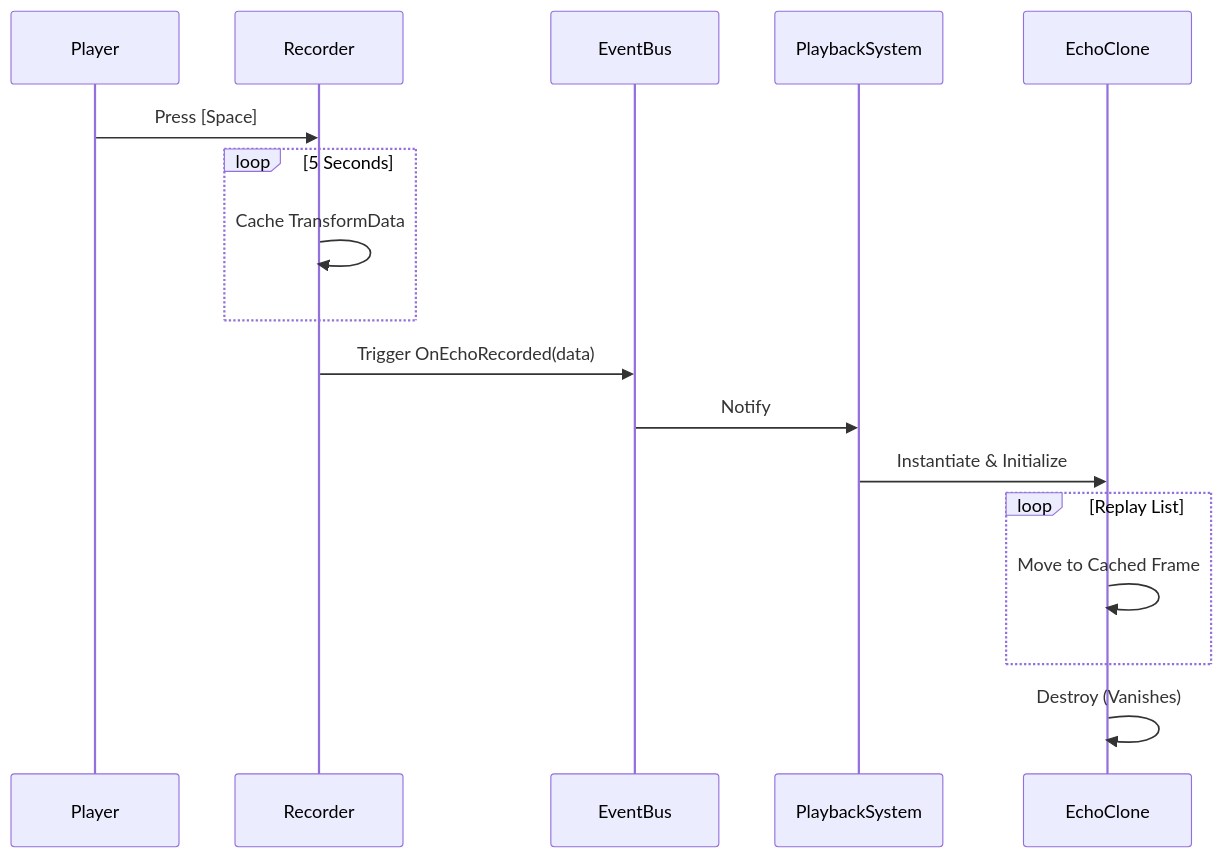
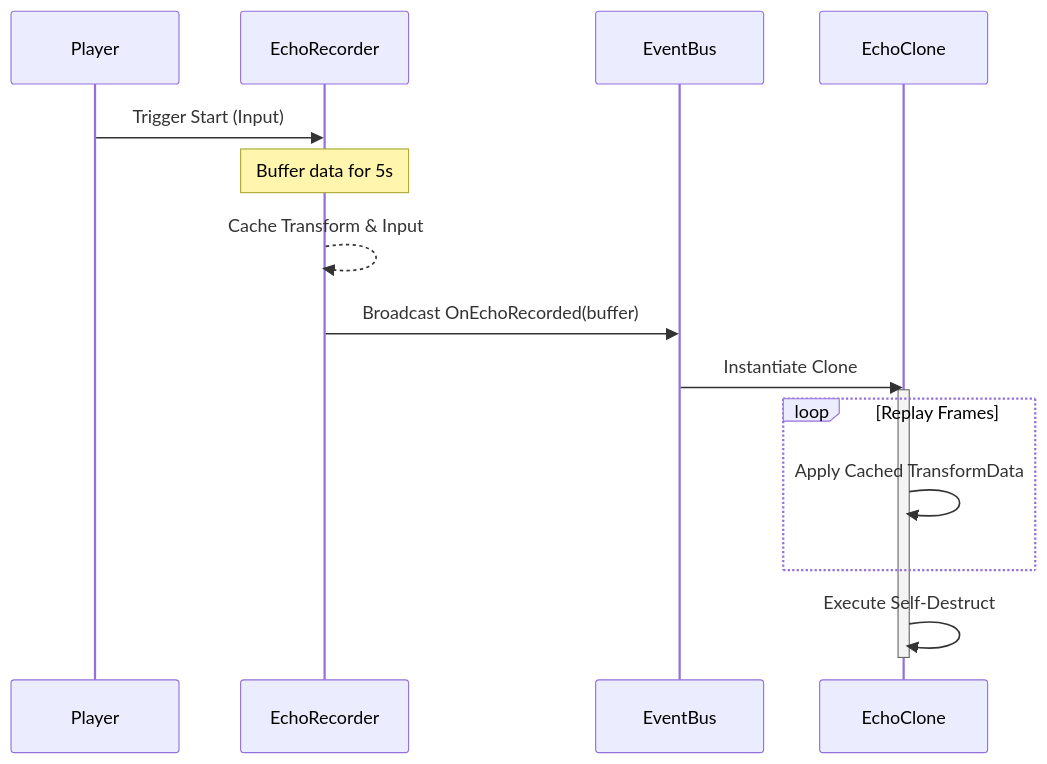
Before and after one commit to yagizemreozbilge/EchoGrid: the second of 2 diagrams in README.md, drawn with Mermaid. The commit also changed other lines of this file and 1 other file, not shown here.

````diff
--- a/README.md
+++ b/README.md
@@ -81,20 +90,19 @@
 ```mermaid
 sequenceDiagram
-    participant Player
-    participant Recorder
-    participant EventBus
-    participant PlaybackSystem
-    participant EchoClone
+    participant P as Player
+    participant R as EchoRecorder
+    participant B as EventBus
+    participant C as EchoClone
 
-    Player->>Recorder: Press [Space]
-    loop 5 Seconds
-        Recorder->>Recorder: Cache TransformData
+    P->>R: Trigger Start (Input)
+    note over R: Buffer data for 5s
+    R-->>R: Cache Transform & Input
+    R->>B: Broadcast OnEchoRecorded(buffer)
+    B->>C: Instantiate Clone
+    activate C
+    loop Replay Frames
+        C->>C: Apply Cached TransformData
     end
-    Recorder->>EventBus: Trigger OnEchoRecorded(data)
-    EventBus->>PlaybackSystem: Notify
-    PlaybackSystem->>EchoClone: Instantiate & Initialize
-    loop Replay List
-        EchoClone->>EchoClone: Move to Cached Frame
-    end
-    EchoClone->>EchoClone: Destroy (Vanishes)
+    C->>C: Execute Self-Destruct
+    deactivate C
 ```
````
